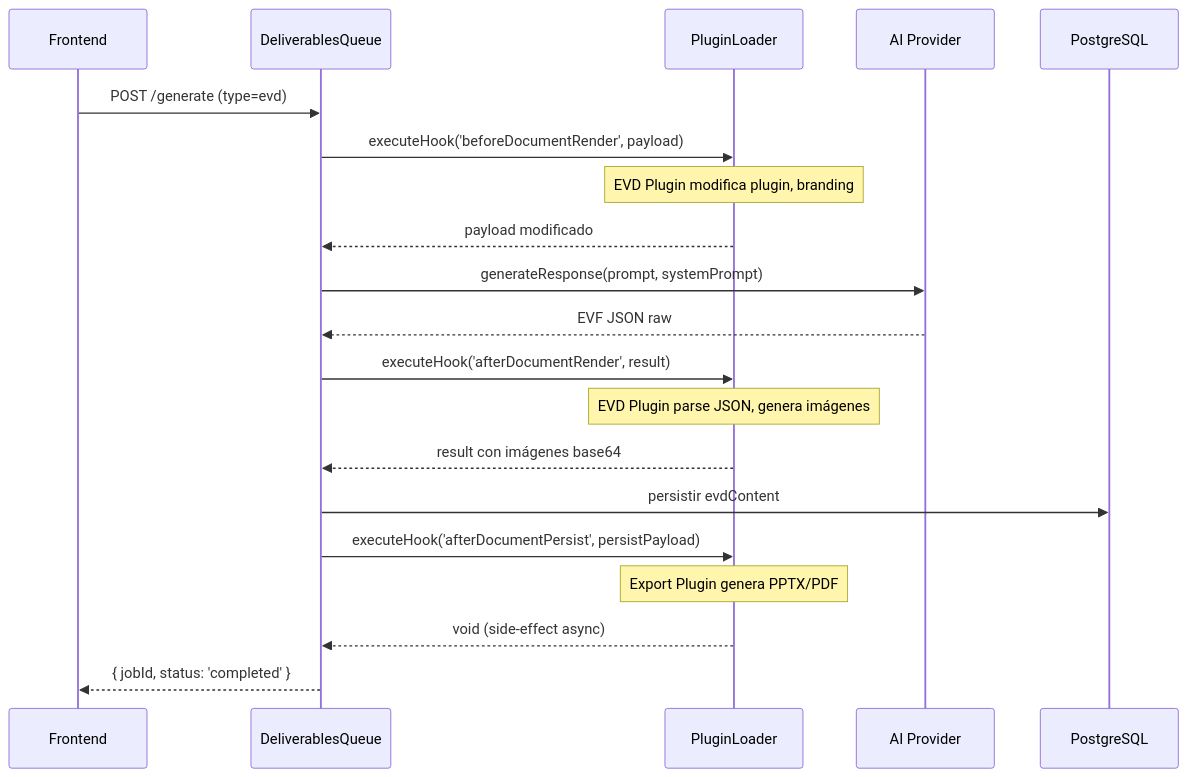
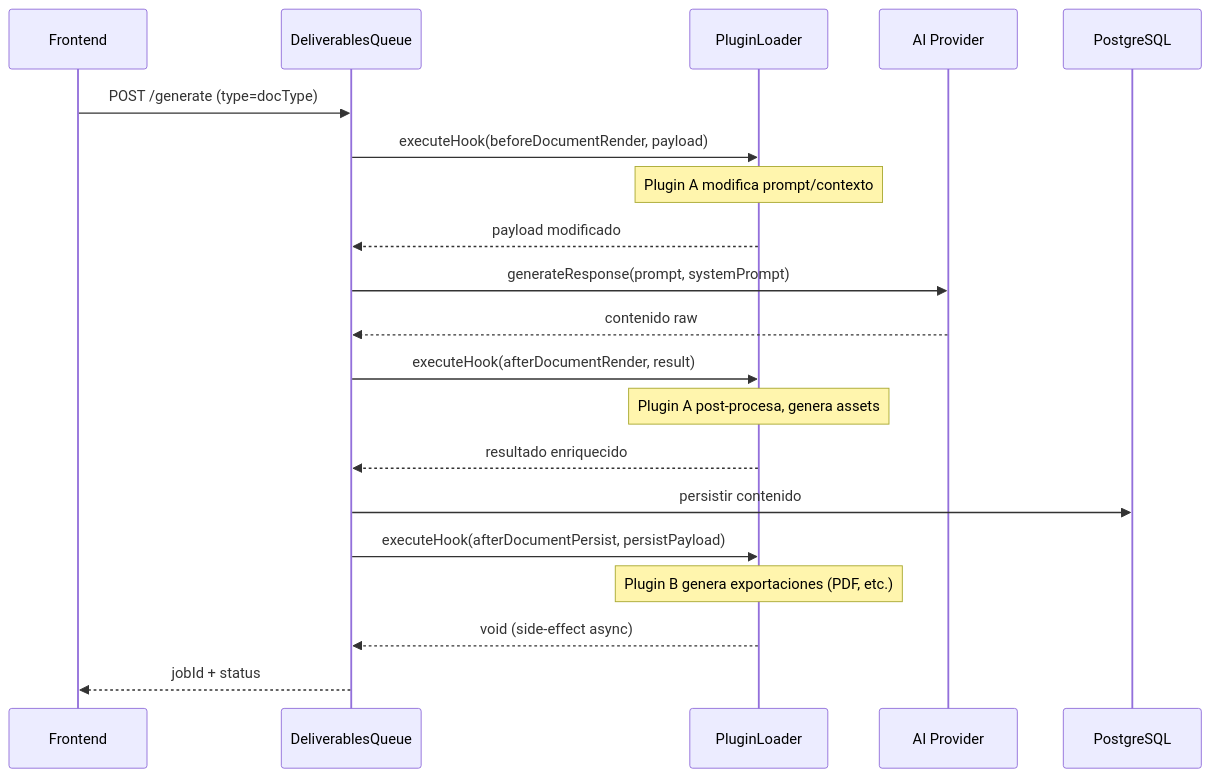
Before and after one commit to kreodevs/theforge: the diagram in docs/ARCHITECTURE_PLUGINS.md, drawn with Mermaid. The commit also changed other lines of this file, not shown here.

First line of the commit message:
docs(architecture): make plugin architecture doc generic

````diff
--- a/docs/ARCHITECTURE_PLUGINS.md
+++ b/docs/ARCHITECTURE_PLUGINS.md
@@ -490,29 +488,29 @@
 ```mermaid
 sequenceDiagram
     participant Client as Frontend
     participant DQ as DeliverablesQueue
     participant PL as PluginLoader
     participant LLM as AI Provider
     participant DB as PostgreSQL
 
-    Client->>DQ: POST /generate (type=evd)
-    
-    DQ->>PL: executeHook('beforeDocumentRender', payload)
-    Note over PL: EVD Plugin modifica plugin, branding
+    Client->>DQ: POST /generate (type=docType)
+
+    DQ->>PL: executeHook(beforeDocumentRender, payload)
+    Note over PL: Plugin A modifica prompt/contexto
     PL-->>DQ: payload modificado
-    
+
     DQ->>LLM: generateResponse(prompt, systemPrompt)
-    LLM-->>DQ: EVF JSON raw
-    
-    DQ->>PL: executeHook('afterDocumentRender', result)
-    Note over PL: EVD Plugin parse JSON, genera imágenes
-    PL-->>DQ: result con imágenes base64
-    
-    DQ->>DB: persistir evdContent
-    
-    DQ->>PL: executeHook('afterDocumentPersist', persistPayload)
-    Note over PL: Export Plugin genera PPTX/PDF
+    LLM-->>DQ: contenido raw
+
+    DQ->>PL: executeHook(afterDocumentRender, result)
+    Note over PL: Plugin A post-procesa, genera assets
+    PL-->>DQ: resultado enriquecido
+
+    DQ->>DB: persistir contenido
+
+    DQ->>PL: executeHook(afterDocumentPersist, persistPayload)
+    Note over PL: Plugin B genera exportaciones (PDF, etc.)
     PL-->>DQ: void (side-effect async)
-    
-    DQ-->>Client: { jobId, status: 'completed' }
+
+    DQ-->>Client: jobId + status
 ```
````
